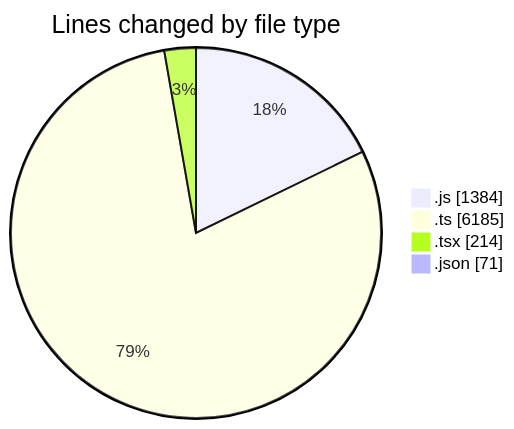
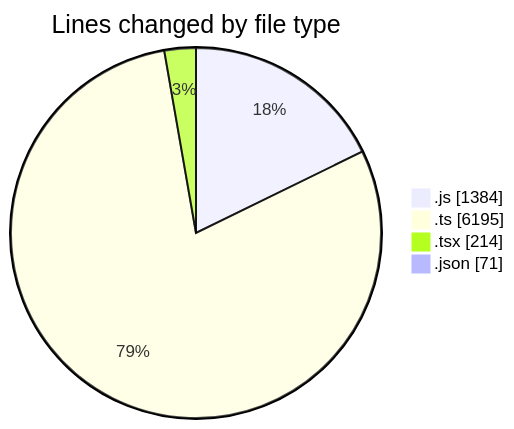
The first of 2 diagrams in 2026-02-04/cda/README.md (momahboobian/code-tracking), drawn with Mermaid before and after one commit. The commit also changed other lines of this file and 1 other file, not shown here.

````diff
--- a/2026-02-04/cda/README.md
+++ b/2026-02-04/cda/README.md
@@ -27,8 +27,8 @@
 ```mermaid
 pie showData
 title Lines changed by file type
 ".js" : 1384
-".ts" : 6185
+".ts" : 6195
 ".tsx" : 214
 ".json" : 71
 ```
````
